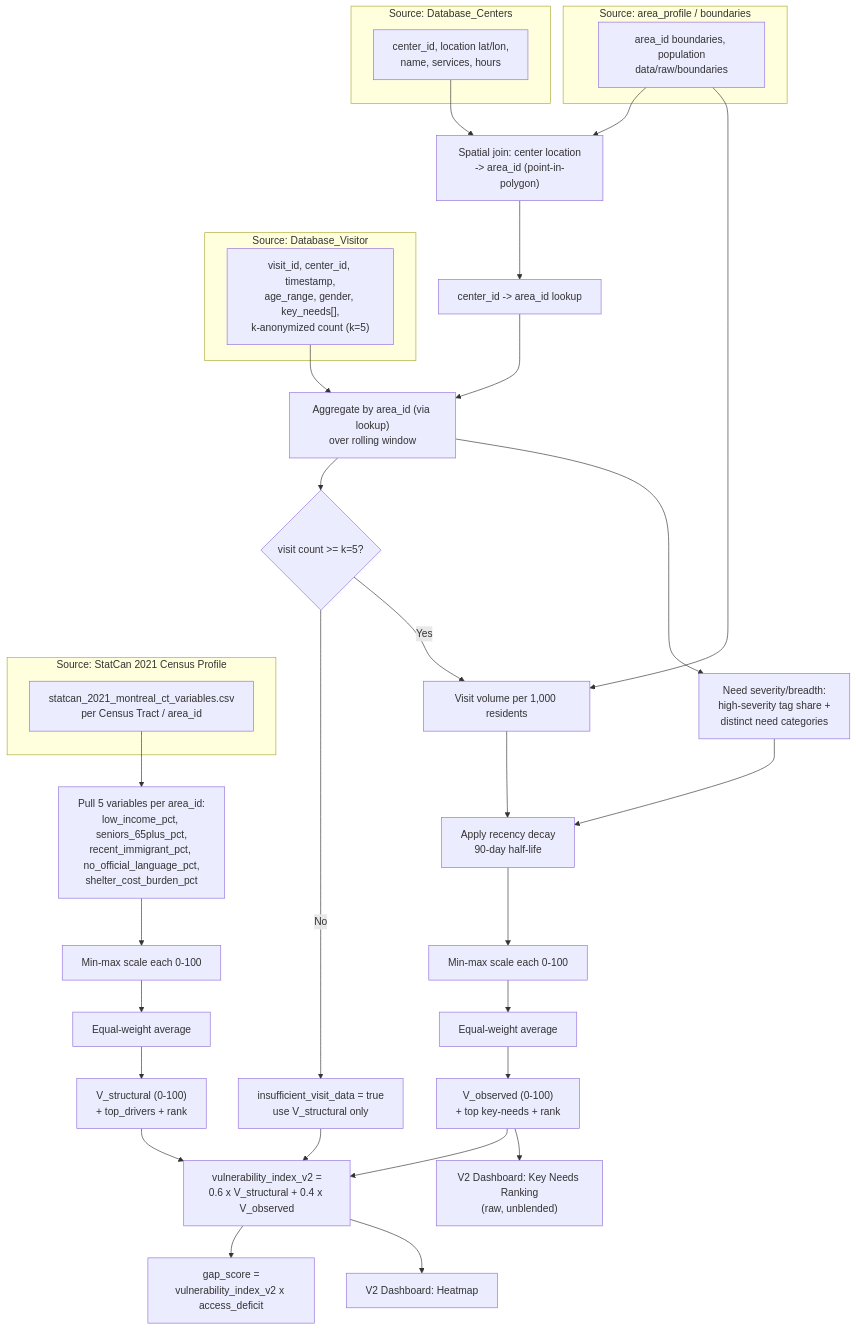
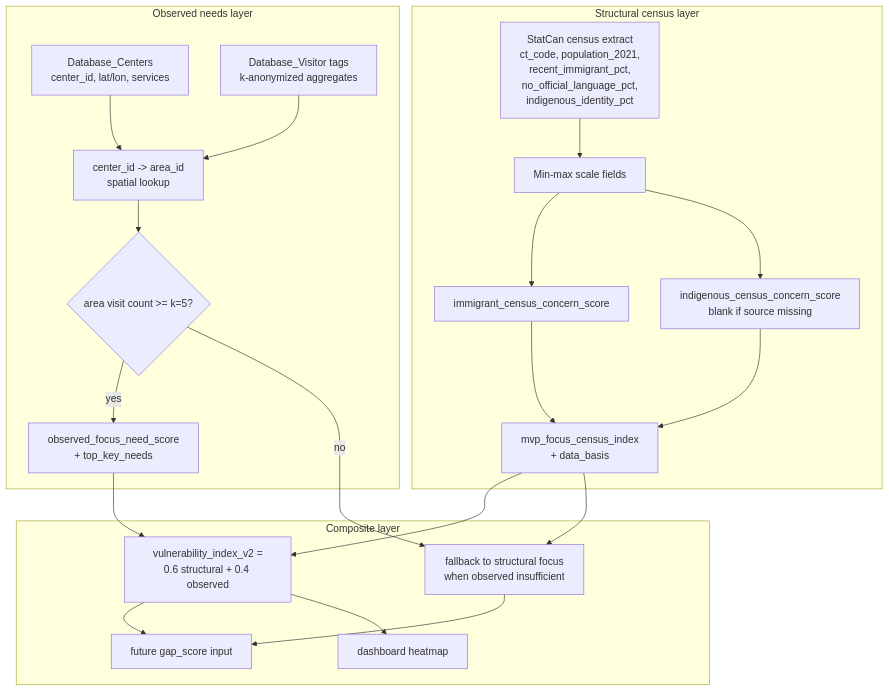
One commit to frondyff/comm_need_radar changed the diagram in docs/vulnerability-index-v2-plan.md. Above: the diagram before and after it, drawn with Mermaid. The commit also changed other lines of this file, not shown here.

Commit message:
Update vulnerability v2 focus plan

````diff
--- a/docs/vulnerability-index-v2-plan.md
+++ b/docs/vulnerability-index-v2-plan.md
@@ -121,64 +424,56 @@
 ```mermaid
 flowchart TB
-    subgraph SRC1["Source: StatCan 2021 Census Profile"]
-        S1["statcan_2021_montreal_ct_variables.csv
-per Census Tract / area_id"]
-    end
-    subgraph SRC2["Source: Database_Centers"]
-        S2["center_id, location lat/lon,
-name, services, hours"]
-    end
-    subgraph SRC3["Source: Database_Visitor"]
-        S3["visit_id, center_id, timestamp,
-age_range, gender, key_needs[],
-k-anonymized count (k=5)"]
-    end
-    subgraph SRC4["Source: area_profile / boundaries"]
-        S4["area_id boundaries, population
-data/raw/boundaries"]
+    subgraph STRUCT["Structural census layer"]
+        CENSUS["StatCan census extract
+ct_code, population_2021,
+recent_immigrant_pct,
+no_official_language_pct,
+indigenous_identity_pct"]
+        SCALE["Min-max scale fields"]
+        IMMI["immigrant_census_concern_score"]
+        INDIG["indigenous_census_concern_score
+blank if source missing"]
+        FOCUS["mvp_focus_census_index
++ data_basis"]
     end
 
-    S1 --> V1A["Pull 5 variables per area_id:
-low_income_pct, seniors_65plus_pct,
-recent_immigrant_pct, no_official_language_pct,
-shelter_cost_burden_pct"]
-    V1A --> V1B["Min-max scale each 0-100"]
-    V1B --> V1C["Equal-weight average"]
-    V1C --> VSTRUCT["V_structural (0-100)
-+ top_drivers + rank"]
+    subgraph OBS["Observed needs layer"]
+        CENTERS["Database_Centers
+center_id, lat/lon, services"]
+        VISITS["Database_Visitor tags
+k-anonymized aggregates"]
+        LOOKUP["center_id -> area_id
+spatial lookup"]
+        KFLOOR{"area visit count >= k=5?"}
+        OBSIDX["observed_focus_need_score
++ top_key_needs"]
+    end
 
-    S2 --> JOIN["Spatial join: center location
--> area_id (point-in-polygon)"]
-    S4 --> JOIN
-    JOIN --> LOOKUP["center_id -> area_id lookup"]
+    subgraph V2["Composite layer"]
+        COMPOSITE["vulnerability_index_v2 =
+0.6 structural + 0.4 observed"]
+        FALLBACK["fallback to structural focus
+when observed insufficient"]
+        GAP["future gap_score input"]
+        HEAT["dashboard heatmap"]
+    end
 
-    S3 --> AGG1["Aggregate by area_id (via lookup)
-over rolling window"]
-    LOOKUP --> AGG1
-    AGG1 --> KFLOOR{"visit count >= k=5?"}
-    KFLOOR -- No --> FALLBACK["insufficient_visit_data = true
-use V_structural only"]
-    KFLOOR -- Yes --> O1["Visit volume per 1,000 residents"]
-    AGG1 --> O2["Need severity/breadth:
-high-severity tag share +
-distinct need categories"]
-    S4 --> O1
-    O1 --> DECAY["Apply recency decay
-90-day half-life"]
-    O2 --> DECAY
-    DECAY --> O3["Min-max scale each 0-100"]
-    O3 --> O4["Equal-weight average"]
-    O4 --> VOBS["V_observed (0-100)
-+ top key-needs + rank"]
+    CENSUS --> SCALE
+    SCALE --> IMMI
+    SCALE --> INDIG
+    IMMI --> FOCUS
+    INDIG --> FOCUS
 
-    VSTRUCT --> COMPOSITE["vulnerability_index_v2 =
-0.6 x V_structural + 0.4 x V_observed"]
-    VOBS --> COMPOSITE
-    FALLBACK --> COMPOSITE
+    CENTERS --> LOOKUP
+    VISITS --> LOOKUP
+    LOOKUP --> KFLOOR
+    KFLOOR -- yes --> OBSIDX
+    KFLOOR -- no --> FALLBACK
 
-    COMPOSITE --> GAP["gap_score =
-vulnerability_index_v2 x access_deficit"]
-    COMPOSITE --> HEAT["V2 Dashboard: Heatmap"]
-    VOBS --> RANK["V2 Dashboard: Key Needs Ranking
-(raw, unblended)"]
+    FOCUS --> COMPOSITE
+    OBSIDX --> COMPOSITE
+    FOCUS --> FALLBACK
+    COMPOSITE --> GAP
+    FALLBACK --> GAP
+    COMPOSITE --> HEAT
 ```
````
